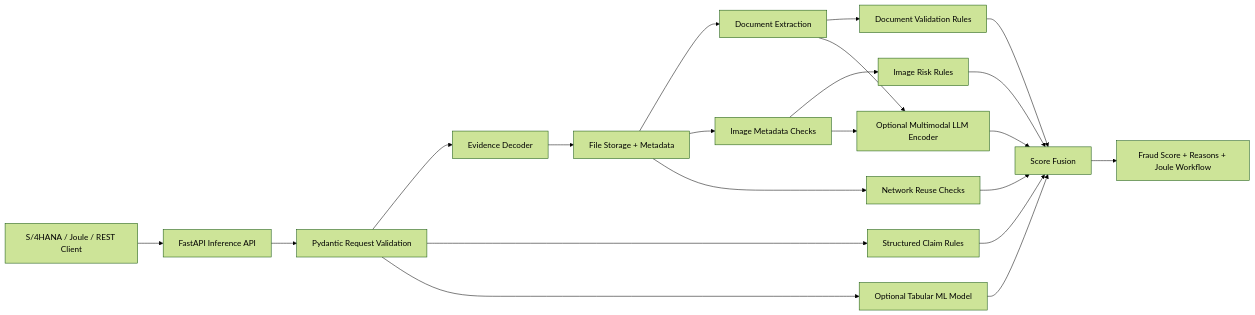
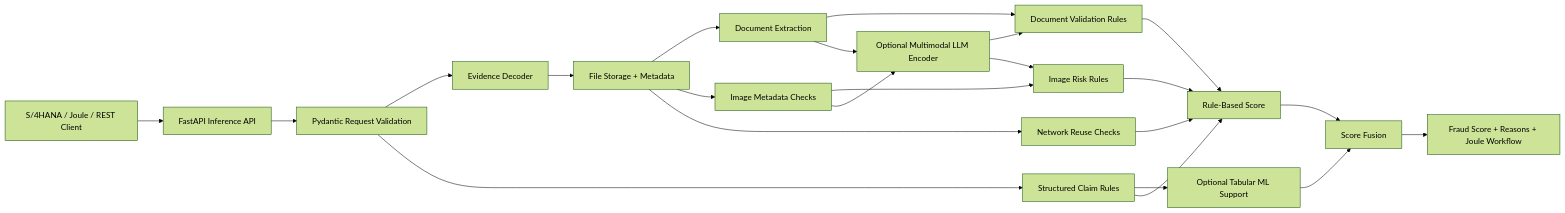
The first of 9 diagrams in docs/fraud-detection-development-and-scoring.md (itsmarlo/fraud-detection), drawn with Mermaid (forest theme) before and after one commit. The commit also changed other lines of this file, not shown here.

````diff
--- a/docs/fraud-detection-development-and-scoring.md
+++ b/docs/fraud-detection-development-and-scoring.md
@@ -25,23 +42,25 @@
 ```mermaid
 flowchart LR
     A["S/4HANA / Joule / REST Client"] --> B["FastAPI Inference API"]
     B --> C["Pydantic Request Validation"]
     C --> D["Evidence Decoder"]
     D --> E["File Storage + Metadata"]
     E --> F["Document Extraction"]
     E --> G["Image Metadata Checks"]
     F --> H["Document Validation Rules"]
     G --> I["Image Risk Rules"]
     C --> J["Structured Claim Rules"]
     E --> K["Network Reuse Checks"]
-    C --> L["Optional Tabular ML Model"]
+    J --> L["Optional Tabular ML Support"]
     F --> M["Optional Multimodal LLM Encoder"]
     G --> M
-    J --> N["Score Fusion"]
+    J --> N["Rule-Based Score"]
     H --> N
     I --> N
     K --> N
-    L --> N
-    M --> N
-    N --> O["Fraud Score + Reasons + Joule Workflow"]
+    M --> H
+    M --> I
+    N --> P["Score Fusion"]
+    L --> P
+    P --> O["Fraud Score + Reasons + Joule Workflow"]
 ```
````
